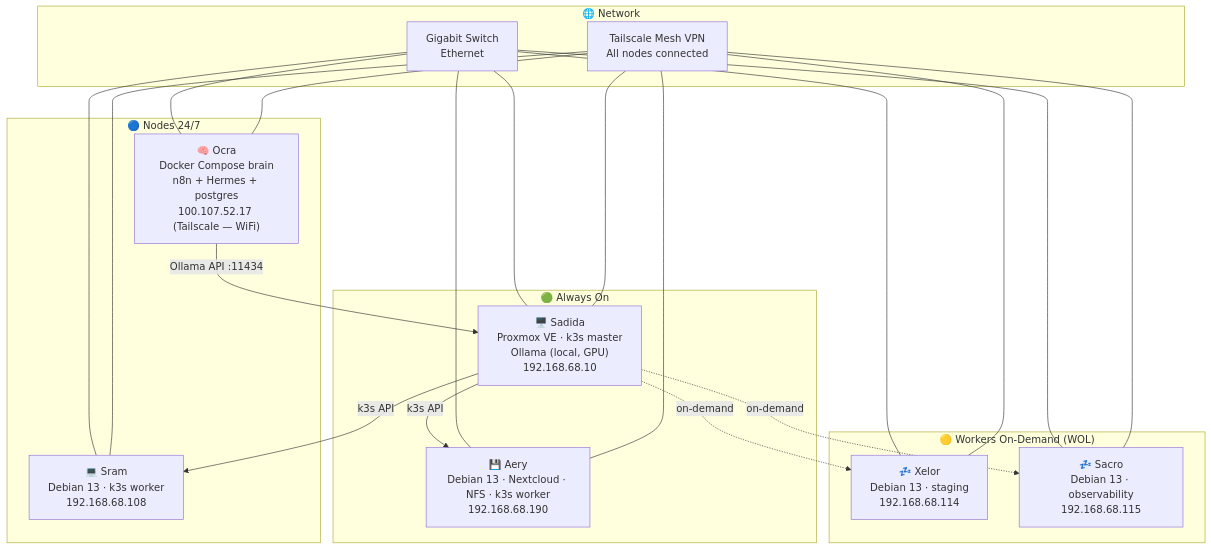
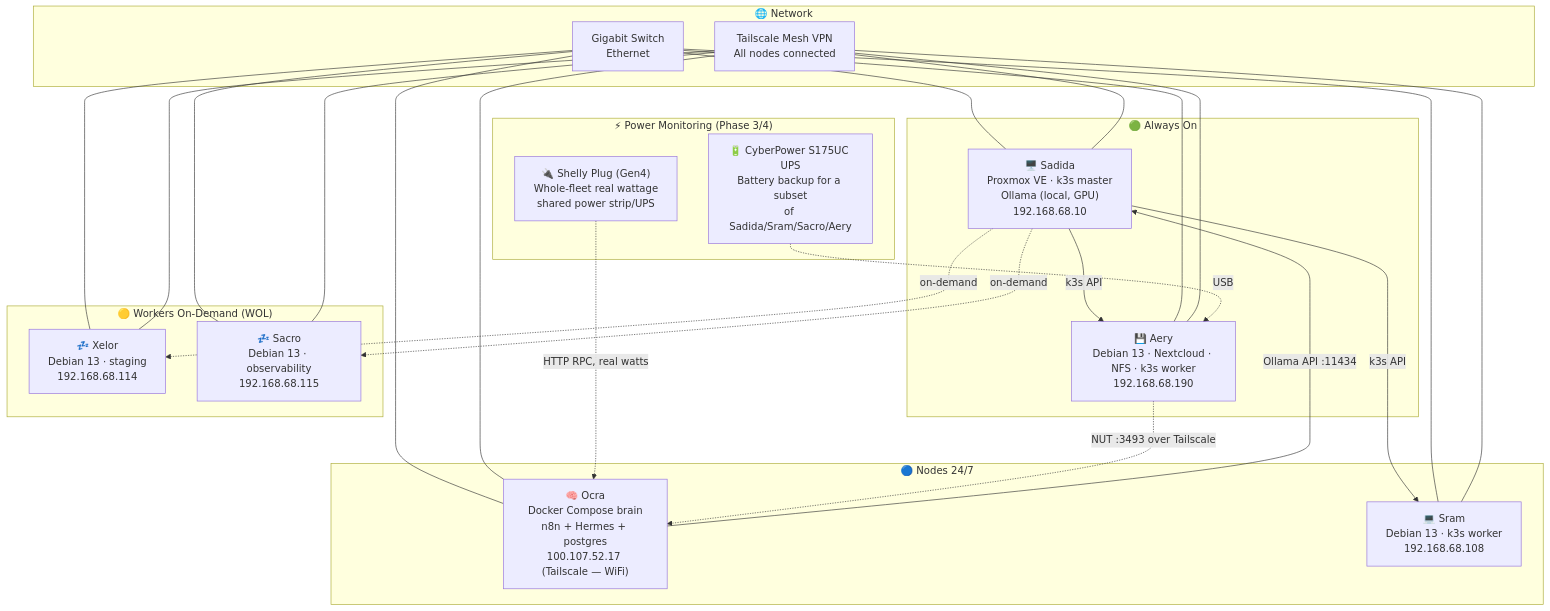
One commit to SethSterling22/HomeLab_Architecture changed the first of 4 diagrams in README.md. Above: the diagram before and after it, drawn with Mermaid. The commit also changed other lines of this file and 2 other files, not shown here.

````diff
--- a/README.md
+++ b/README.md
@@ -139,42 +143,51 @@
 ```mermaid
 graph TB
     subgraph always_on["🟢 Always On"]
         SADIDA["🖥️ Sadida\nProxmox VE · k3s master\nOllama (local, GPU)\n192.168.68.10"]
         AERY["💾 Aery\nDebian 13 · Nextcloud · NFS · k3s worker\n192.168.68.190"]
     end
 
     subgraph workers_24["🔵 Nodes 24/7"]
         OCRA["🧠 Ocra\nDocker Compose brain\nn8n + Hermes + postgres\n100.107.52.17 (Tailscale — WiFi)"]
         SRAM["💻 Sram\nDebian 13 · k3s worker\n192.168.68.108"]
     end
 
     subgraph workers_od["🟡 Workers On-Demand (WOL)"]
         XELOR["💤 Xelor\nDebian 13 · staging\n192.168.68.114"]
         SACRO["💤 Sacro\nDebian 13 · observability\n192.168.68.115"]
     end
 
     subgraph network["🌐 Network"]
         SWITCH["Gigabit Switch\nEthernet"]
         TAILSCALE["Tailscale Mesh VPN\nAll nodes connected"]
     end
 
+    subgraph power["⚡ Power Monitoring (Phase 3/4)"]
+        SHELLY["🔌 Shelly Plug (Gen4)\nWhole-fleet real wattage\nshared power strip/UPS"]
+        UPS["🔋 CyberPower S175UC UPS\nBattery backup for a subset\nof Sadida/Sram/Sacro/Aery"]
+    end
+
     OCRA -->|Ollama API :11434| SADIDA
     SADIDA -->|k3s API| SRAM
     SADIDA -->|k3s API| AERY
     SADIDA -.->|on-demand| XELOR
     SADIDA -.->|on-demand| SACRO
 
     SWITCH --- SADIDA
     SWITCH --- AERY
     SWITCH --- SRAM
     SWITCH --- OCRA
     SWITCH --- XELOR
     SWITCH --- SACRO
 
     TAILSCALE --- SADIDA
     TAILSCALE --- SRAM
     TAILSCALE --- OCRA
     TAILSCALE --- XELOR
     TAILSCALE --- SACRO
     TAILSCALE --- AERY
+
+    SHELLY -.->|HTTP RPC, real watts| OCRA
+    UPS -.->|USB| AERY
+    AERY -.->|NUT :3493 over Tailscale| OCRA
 ```
````
